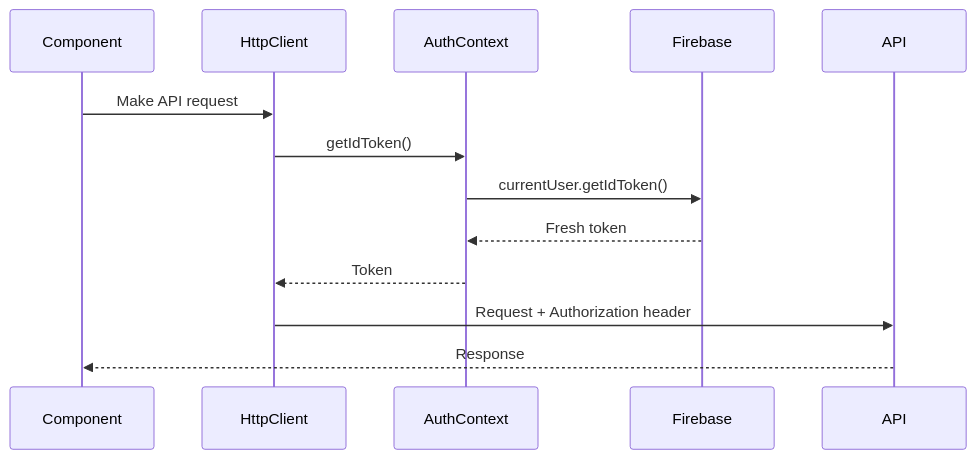
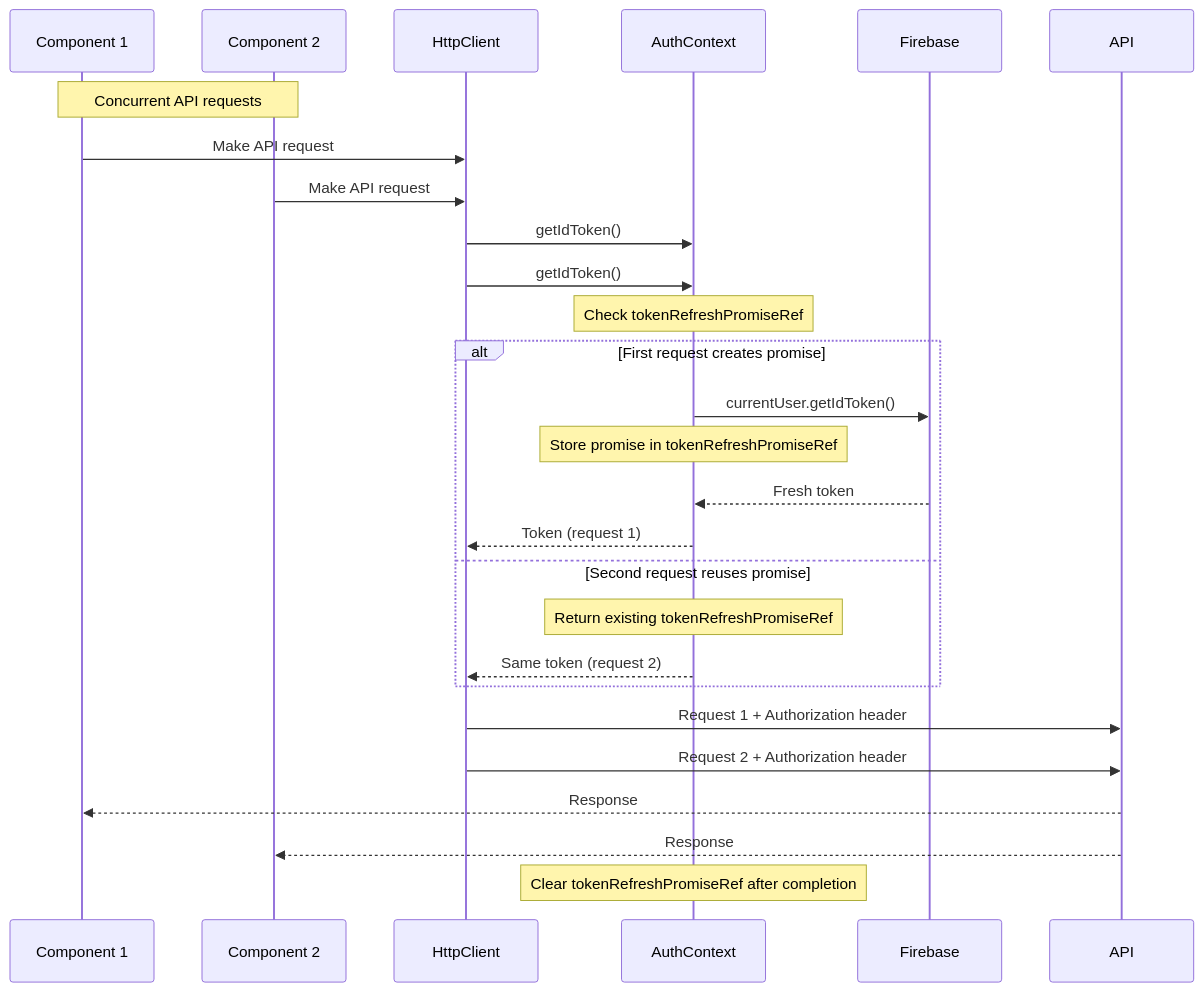
Before and after one commit to AgentFoundryExamples/adventure-client: the third of 4 diagrams in README.md, drawn with Mermaid. The commit also changed other lines of this file and 2 other files, not shown here.

Commit message:
Fix documentation: enhance Mermaid diagram for deduplication, clarify retry counts, strengthen security warnings

````diff
--- a/README.md
+++ b/README.md
@@ -1623,16 +1623,33 @@
 ```mermaid
 sequenceDiagram
-    participant Component
+    participant Comp1 as Component 1
+    participant Comp2 as Component 2
     participant HttpClient
     participant AuthContext
     participant Firebase
     participant API
     
-    Component->>HttpClient: Make API request
+    Note over Comp1,Comp2: Concurrent API requests
+    Comp1->>HttpClient: Make API request
+    Comp2->>HttpClient: Make API request
     HttpClient->>AuthContext: getIdToken()
-    AuthContext->>Firebase: currentUser.getIdToken()
-    Firebase-->>AuthContext: Fresh token
-    AuthContext-->>HttpClient: Token
-    HttpClient->>API: Request + Authorization header
-    API-->>Component: Response
+    HttpClient->>AuthContext: getIdToken()
+    
+    Note over AuthContext: Check tokenRefreshPromiseRef
+    alt First request creates promise
+        AuthContext->>Firebase: currentUser.getIdToken()
+        Note over AuthContext: Store promise in tokenRefreshPromiseRef
+        Firebase-->>AuthContext: Fresh token
+        AuthContext-->>HttpClient: Token (request 1)
+    else Second request reuses promise
+        Note over AuthContext: Return existing tokenRefreshPromiseRef
+        AuthContext-->>HttpClient: Same token (request 2)
+    end
+    
+    HttpClient->>API: Request 1 + Authorization header
+    HttpClient->>API: Request 2 + Authorization header
+    API-->>Comp1: Response
+    API-->>Comp2: Response
+    
+    Note over AuthContext: Clear tokenRefreshPromiseRef after completion
 ```
````
